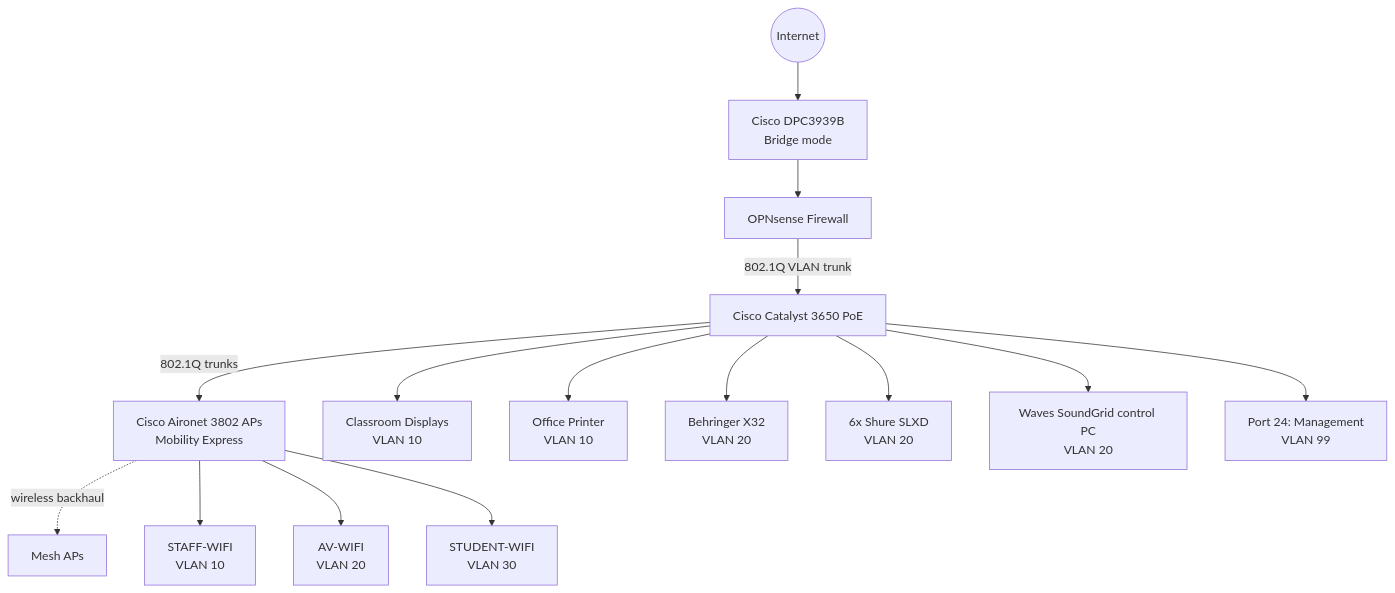
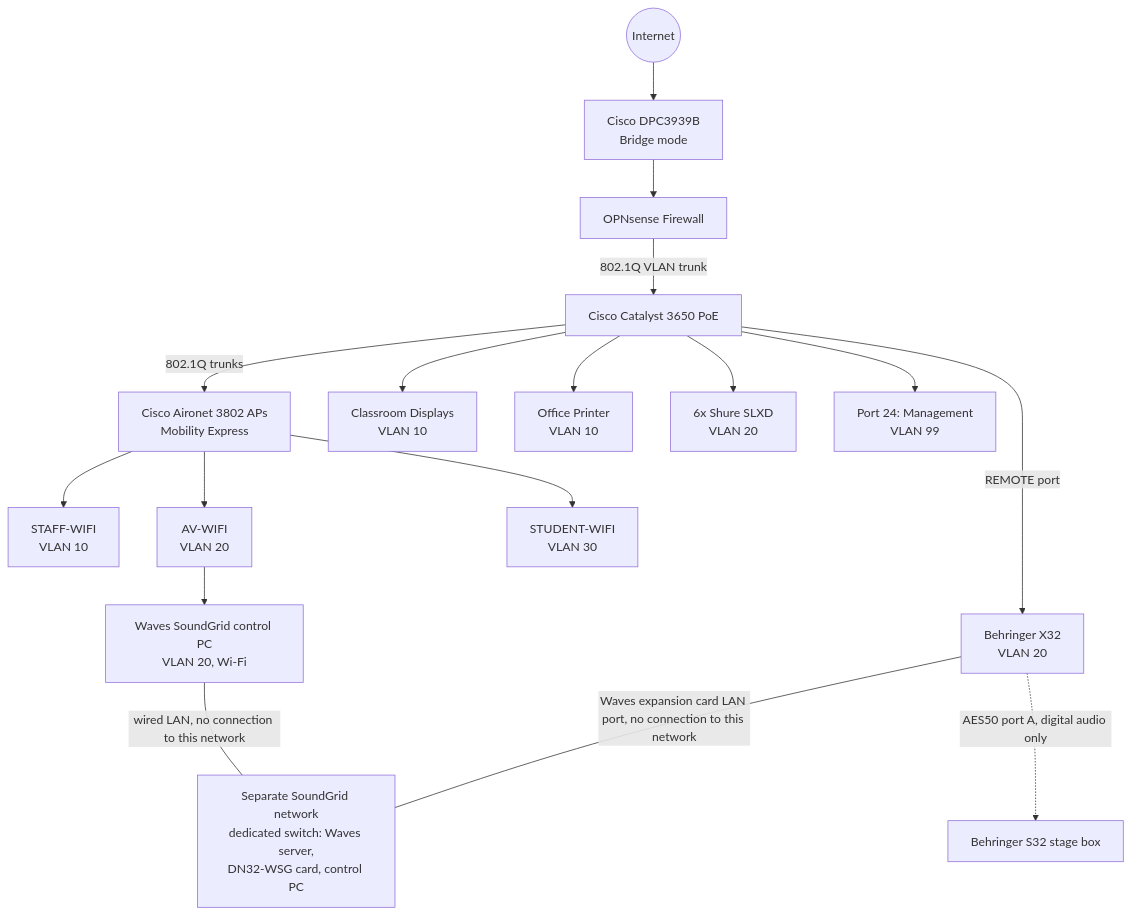
The diagram in README.md (Nehemias-A/Academia-Network), drawn with Mermaid before and after one commit. The commit also changed other lines of this file, not shown here.

First line of the commit message:
Revise README for VLAN network design clarity

````diff
--- a/README.md
+++ b/README.md
@@ -62,25 +76,27 @@
 ```mermaid
 flowchart TD
     Internet((Internet))
     Modem[Cisco DPC3939B<br/>Bridge mode]
     FW[OPNsense Firewall]
     SW[Cisco Catalyst 3650 PoE]
     AP[Cisco Aironet 3802 APs<br/>Mobility Express]
 
     Internet --> Modem
     Modem --> FW
     FW -->|802.1Q VLAN trunk| SW
     SW -->|802.1Q trunks| AP
-    AP -.->|wireless backhaul| MAP[Mesh APs]
 
     AP --> StaffWiFi[STAFF-WIFI<br/>VLAN 10]
     AP --> AVWiFi[AV-WIFI<br/>VLAN 20]
     AP --> StudentWiFi[STUDENT-WIFI<br/>VLAN 30]
+    AVWiFi --> SG[Waves SoundGrid control PC<br/>VLAN 20, Wi-Fi]
+    SG ---|wired LAN, no connection to this network| SGNet[Separate SoundGrid network<br/>dedicated switch: Waves server,<br/>DN32-WSG card, control PC]
 
     SW --> Displays[Classroom Displays<br/>VLAN 10]
     SW --> Printer[Office Printer<br/>VLAN 10]
-    SW --> X32[Behringer X32<br/>VLAN 20]
+    SW -->|REMOTE port| X32[Behringer X32<br/>VLAN 20]
+    X32 ---|Waves expansion card LAN port, no connection to this network| SGNet
+    X32 -.->|AES50 port A, digital audio only| S32[Behringer S32 stage box]
     SW --> Shure[6x Shure SLXD<br/>VLAN 20]
-    SW --> SG[Waves SoundGrid control PC<br/>VLAN 20]
     SW --> Mgmt[Port 24: Management<br/>VLAN 99]
 ```
````
